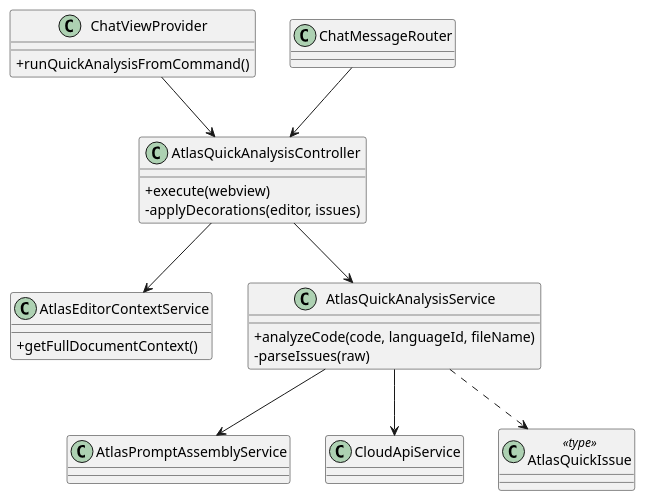
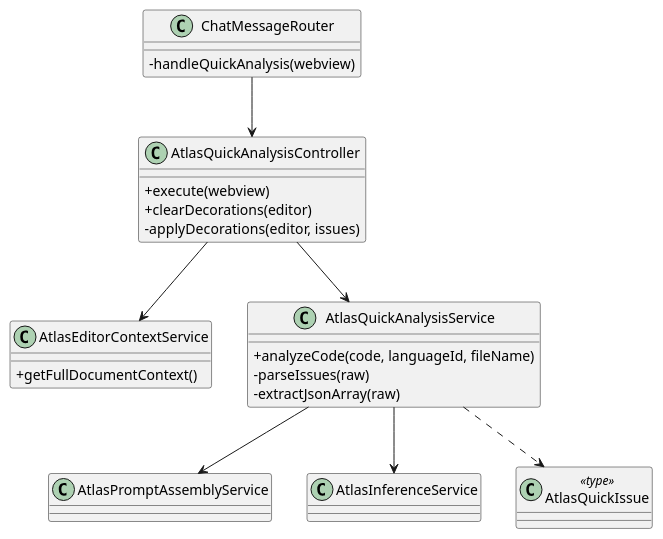
One commit to JVictorVI/ATLAS changed the third of 38 diagrams in docs/plantuml-diagramas-por-caso-de-uso-atlas.md. Above: the diagram before and after it, drawn with PlantUML. The commit also changed other lines of this file and 5 other files, not shown here.

Commit message:
Atualiza diagramas e casos de uso

````diff
--- a/docs/plantuml-diagramas-por-caso-de-uso-atlas.md
+++ b/docs/plantuml-diagramas-por-caso-de-uso-atlas.md
@@ -84,33 +92,33 @@
 ```plantuml
 @startuml
 skinparam shadowing false
 skinparam classAttributeIconSize 0
 
-class ChatViewProvider {
-  +runQuickAnalysisFromCommand()
+class ChatMessageRouter {
+  -handleQuickAnalysis(webview)
 }
-class ChatMessageRouter
 class AtlasQuickAnalysisController {
   +execute(webview)
+  +clearDecorations(editor)
   -applyDecorations(editor, issues)
 }
 class AtlasEditorContextService {
   +getFullDocumentContext()
 }
 class AtlasQuickAnalysisService {
   +analyzeCode(code, languageId, fileName)
   -parseIssues(raw)
+  -extractJsonArray(raw)
 }
 class AtlasPromptAssemblyService
-class CloudApiService
+class AtlasInferenceService
 class AtlasQuickIssue <<type>>
 
-ChatViewProvider --> AtlasQuickAnalysisController
 ChatMessageRouter --> AtlasQuickAnalysisController
 AtlasQuickAnalysisController --> AtlasEditorContextService
 AtlasQuickAnalysisController --> AtlasQuickAnalysisService
 AtlasQuickAnalysisService --> AtlasPromptAssemblyService
-AtlasQuickAnalysisService --> CloudApiService
+AtlasQuickAnalysisService --> AtlasInferenceService
 AtlasQuickAnalysisService ..> AtlasQuickIssue
 @enduml
 ```
````
